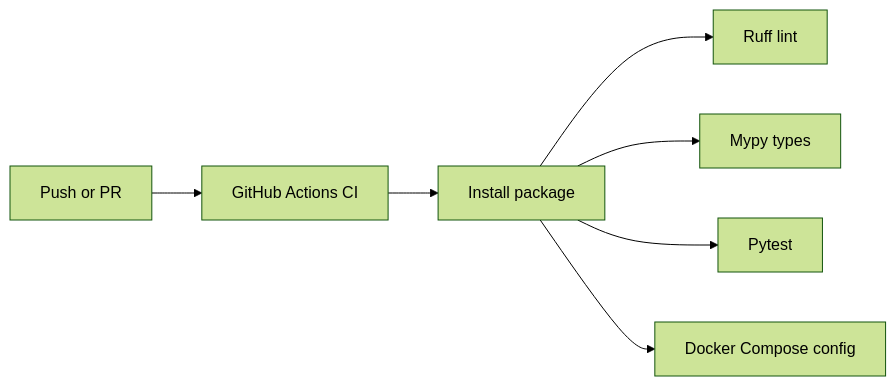
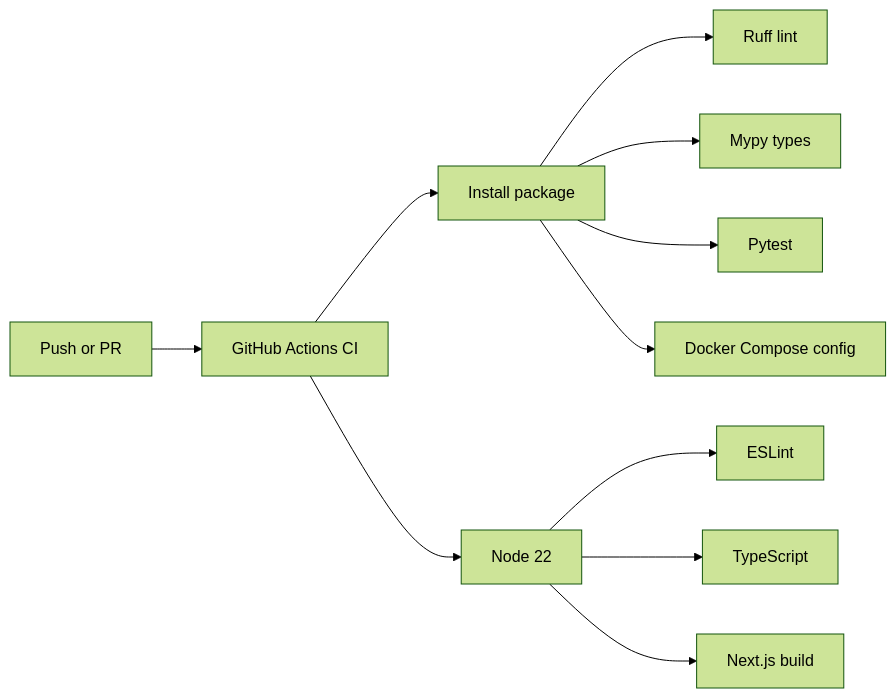
One commit to kenchengkc/the-financial-document-retrieval-engine changed the third of 5 diagrams in README.md. Above: the diagram before and after it, drawn with Mermaid (forest theme). The commit also changed other lines of this file and 13 other files, not shown here.

````diff
--- a/README.md
+++ b/README.md
@@ -59,9 +59,13 @@
 ```mermaid
 flowchart LR
   push[Push or PR] --> ci[GitHub Actions CI]
   ci --> install[Install package]
   install --> ruff[Ruff lint]
   install --> mypy[Mypy types]
   install --> pytest[Pytest]
   install --> compose[Docker Compose config]
+  ci --> node[Node 22]
+  node --> eslint[ESLint]
+  node --> types[TypeScript]
+  node --> next[Next.js build]
 ```
````
